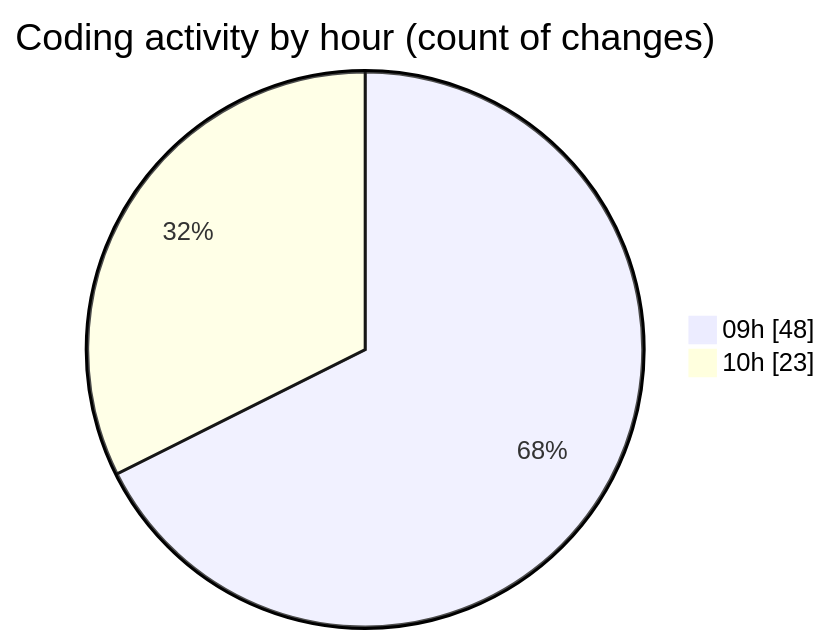
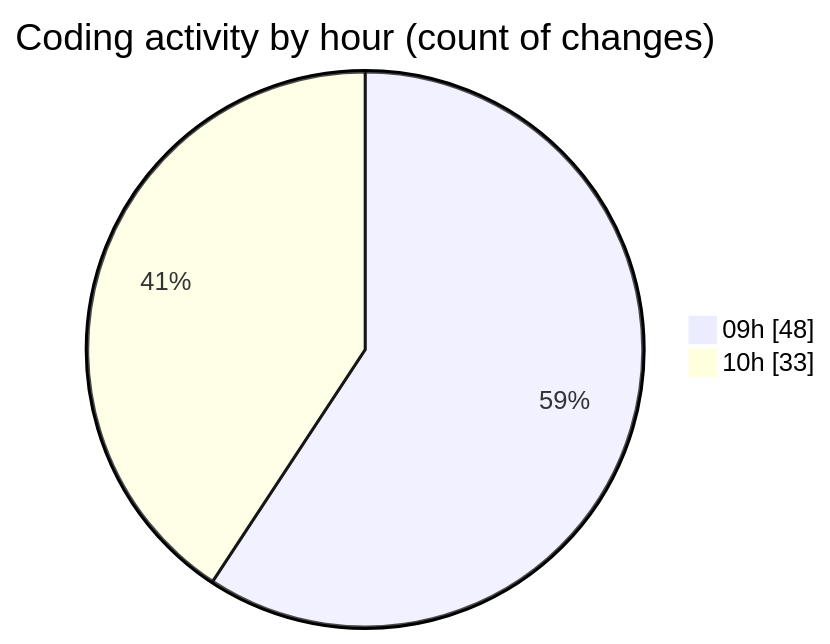
One commit to momahboobian/code-tracking changed the second of 2 diagrams in 2025-03-14/cda/README.md. Above: the diagram before and after it, drawn with Mermaid. The commit also changed other lines of this file and 1 other file, not shown here.

````diff
--- a/2025-03-14/cda/README.md
+++ b/2025-03-14/cda/README.md
@@ -45,6 +45,6 @@
 ```mermaid
 pie showData
 title Coding activity by hour (count of changes)
 "09h" : 48
-"10h" : 23
+"10h" : 33
 ```
````
